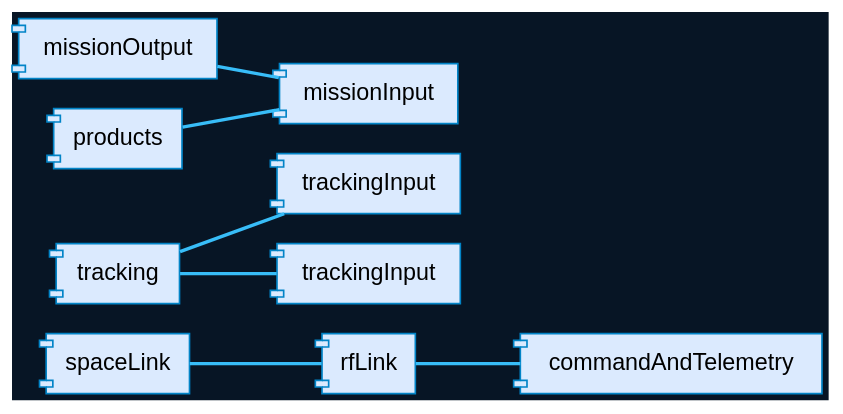
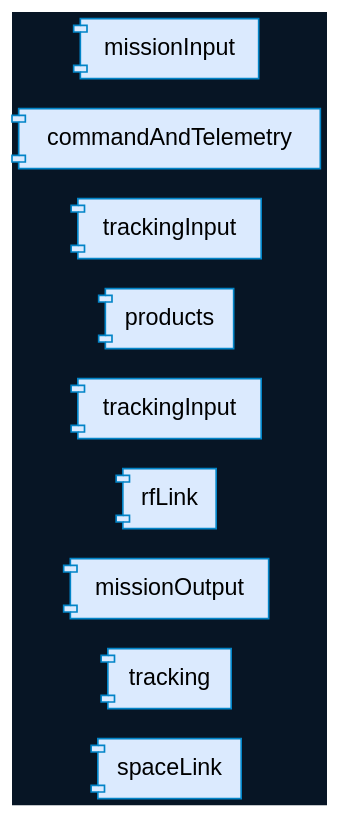
The diagram in examples/ground_station/output/ground-station-interface-network.dot (lukewilliamboswell/roc-spec42), drawn with Graphviz before and after one commit. The commit also changed 11 other files, not shown here.

```diff
--- a/examples/ground_station/output/ground-station-interface-network.dot
+++ b/examples/ground_station/output/ground-station-interface-network.dot
@@ -1,21 +1,16 @@
 digraph GroundStationInterfaces {
   rankdir=LR;
   graph [fontname="Helvetica", bgcolor="#071525"];
   node [fontname="Helvetica", shape=component, style=filled, fillcolor="#dbeafe", color="#0284c7"];
   edge [color="#38bdf8", penwidth=2];
   "GroundStation::AntennaSubsystem::spaceLink" [label="spaceLink"]
   "GroundStation::AntennaSubsystem::tracking" [label="tracking"]
   "GroundStation::BasebandProcessor::missionOutput" [label="missionOutput"]
   "GroundStation::BasebandProcessor::rfLink" [label="rfLink"]
   "GroundStation::BasebandProcessor::trackingInput" [label="trackingInput"]
   "GroundStation::FlightDynamicsSystem::products" [label="products"]
   "GroundStation::FlightDynamicsSystem::trackingInput" [label="trackingInput"]
   "GroundStation::MissionControlSystem::commandAndTelemetry" [label="commandAndTelemetry"]
   "GroundStation::MissionControlSystem::missionInput" [label="missionInput"]
-  "GroundStation::AntennaSubsystem::spaceLink" -> "GroundStation::BasebandProcessor::rfLink" [dir=both, arrowhead=none, arrowtail=none];
-  "GroundStation::AntennaSubsystem::tracking" -> "GroundStation::BasebandProcessor::trackingInput" [dir=both, arrowhead=none, arrowtail=none];
-  "GroundStation::AntennaSubsystem::tracking" -> "GroundStation::FlightDynamicsSystem::trackingInput" [dir=both, arrowhead=none, arrowtail=none];
-  "GroundStation::BasebandProcessor::missionOutput" -> "GroundStation::MissionControlSystem::missionInput" [dir=both, arrowhead=none, arrowtail=none];
-  "GroundStation::BasebandProcessor::rfLink" -> "GroundStation::MissionControlSystem::commandAndTelemetry" [dir=both, arrowhead=none, arrowtail=none];
-  "GroundStation::FlightDynamicsSystem::products" -> "GroundStation::MissionControlSystem::missionInput" [dir=both, arrowhead=none, arrowtail=none];
+
 }
```
